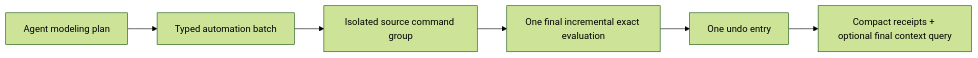
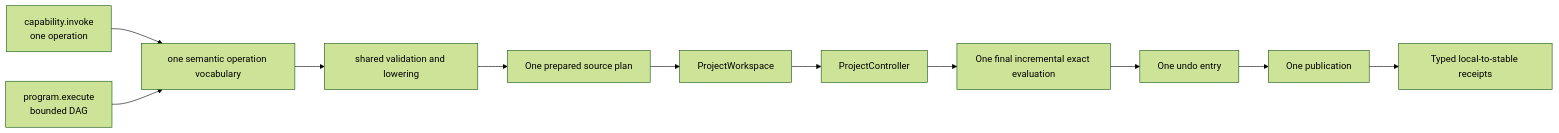
The diagram in Rupa/AGENT_MODELING_PERFORMANCE.md (1amageek/Rupa), drawn with Mermaid (forest theme) before and after one commit. The commit also changed other lines of this file and 17 other files, not shown here.

````diff
--- a/Rupa/AGENT_MODELING_PERFORMANCE.md
+++ b/Rupa/AGENT_MODELING_PERFORMANCE.md
@@ -9,8 +10,13 @@
 ```mermaid
 flowchart LR
-    Agent["Agent modeling plan"] --> Batch["Typed automation batch"]
-    Batch --> Stage["Isolated source command group"]
-    Stage --> Eval["One final incremental exact evaluation"]
+    Direct["capability.invoke\none operation"] --> Registry["one semantic operation vocabulary"]
+    Program["program.execute\nbounded DAG"] --> Registry
+    Registry --> Lower["shared validation and lowering"]
+    Lower --> Stage["One prepared source plan"]
+    Stage --> Workspace["ProjectWorkspace"]
+    Workspace --> Controller["ProjectController"]
+    Controller --> Eval["One final incremental exact evaluation"]
     Eval --> History["One undo entry"]
-    History --> Result["Compact receipts + optional final context query"]
+    History --> Publish["One publication"]
+    Publish --> Result["Typed local-to-stable receipts"]
 ```
````
